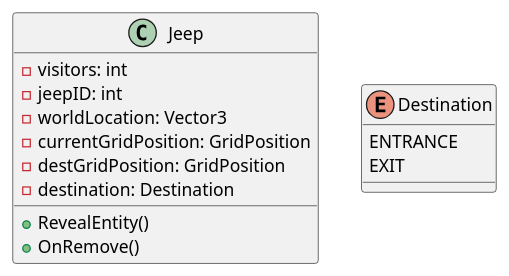
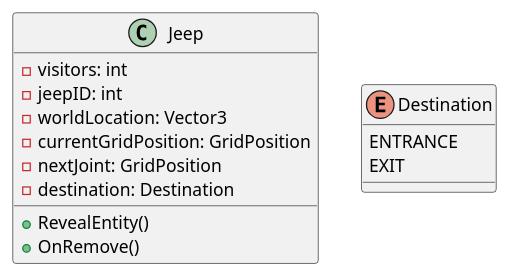
Before and after one commit to Peter-Balint/SafariGame: the diagram in class-diagram/model/jeep.plantuml, drawn with PlantUML. The commit also changed 2 other files, not shown here.

```diff
--- a/class-diagram/model/jeep.plantuml
+++ b/class-diagram/model/jeep.plantuml
@@ -1,21 +1,21 @@
 @startuml
 
 class Jeep{
  -visitors: int
  -jeepID: int
  -worldLocation: Vector3
+  /' for a* representation for the pathfinding '/
  -currentGridPosition: GridPosition
- -destGridPosition: GridPosition
+ -nextJoint: GridPosition
  -destination: Destination
 
  +RevealEntity()
  +OnRemove()
 }
 
 enum Destination{
     ENTRANCE
     EXIT
 }
 
-
 @enduml
```
